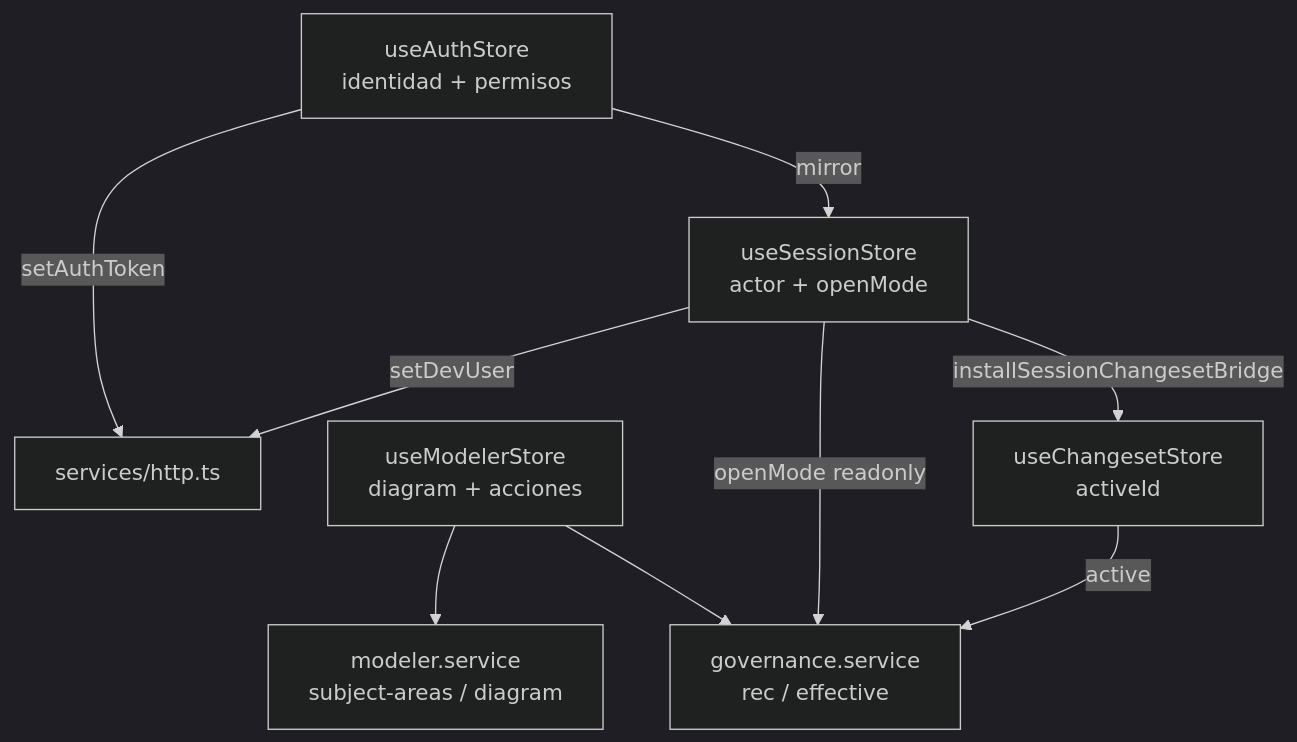
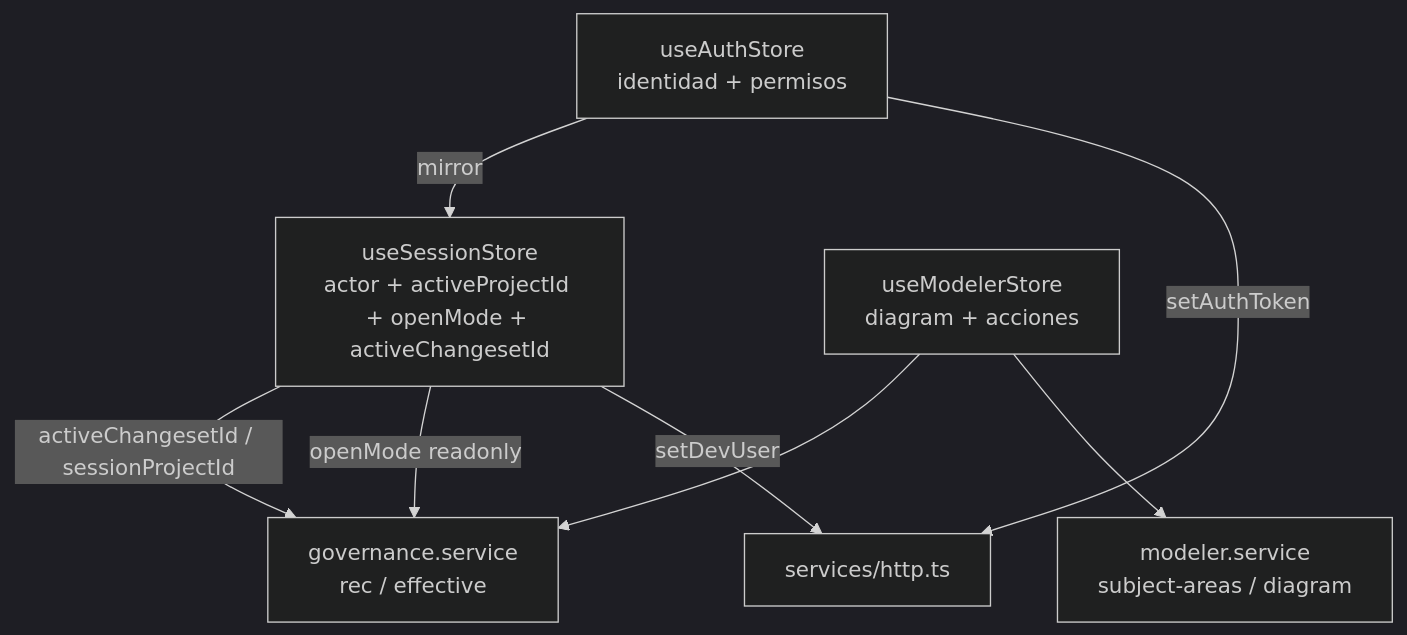
Before and after one commit to Carlosmps97/web-data-model-hub: the first of 8 diagrams in doc/data-flow.md, drawn with Mermaid (dark theme). The commit also changed other lines of this file and 198 other files, not shown here.

````diff
--- a/doc/data-flow.md
+++ b/doc/data-flow.md
@@ -29,11 +29,10 @@
 ```mermaid
 flowchart TD
-  Auth["useAuthStore<br/>identidad + permisos"] -->|mirror| Session["useSessionStore<br/>actor + openMode"]
-  Session -->|installSessionChangesetBridge| Changeset["useChangesetStore<br/>activeId"]
-  Changeset -->|active| Gov["governance.service<br/>rec / effective"]
+  Auth["useAuthStore<br/>identidad + permisos"] -->|mirror| Session["useSessionStore<br/>actor + activeProjectId + openMode + activeChangesetId"]
+  Session -->|activeChangesetId / sessionProjectId| Gov["governance.service<br/>rec / effective"]
   Session -->|openMode readonly| Gov
   Modeler["useModelerStore<br/>diagram + acciones"] --> Gov
   Modeler --> ModSvc["modeler.service<br/>subject-areas / diagram"]
   Auth -->|setAuthToken| Http["services/http.ts"]
   Session -->|setDevUser| Http
 ```
````
